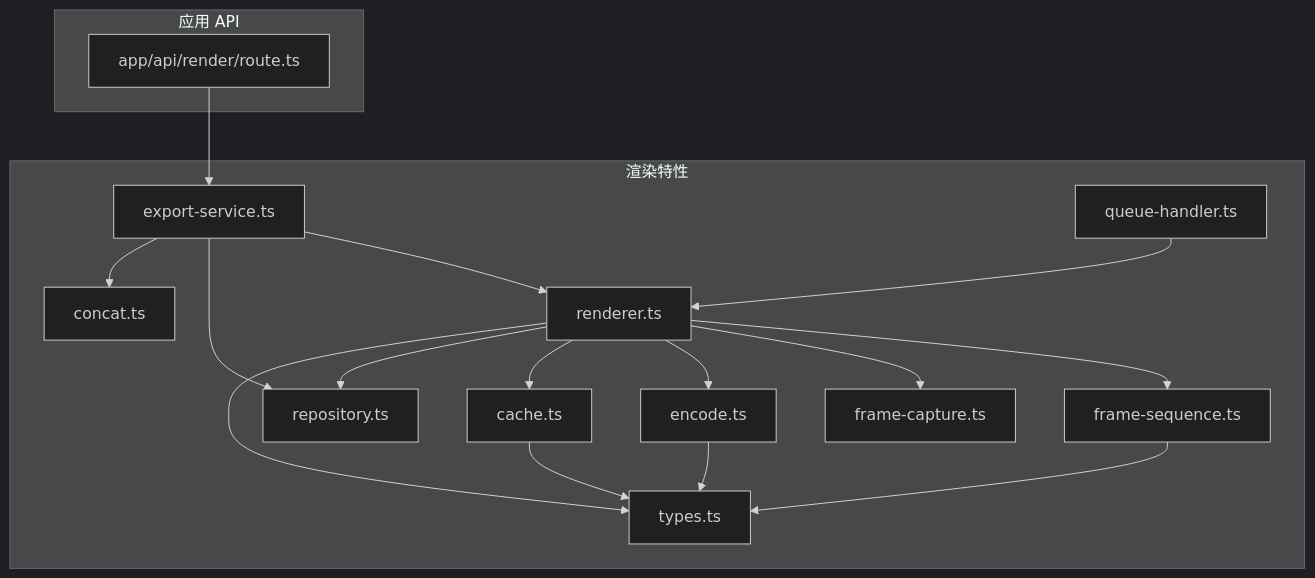
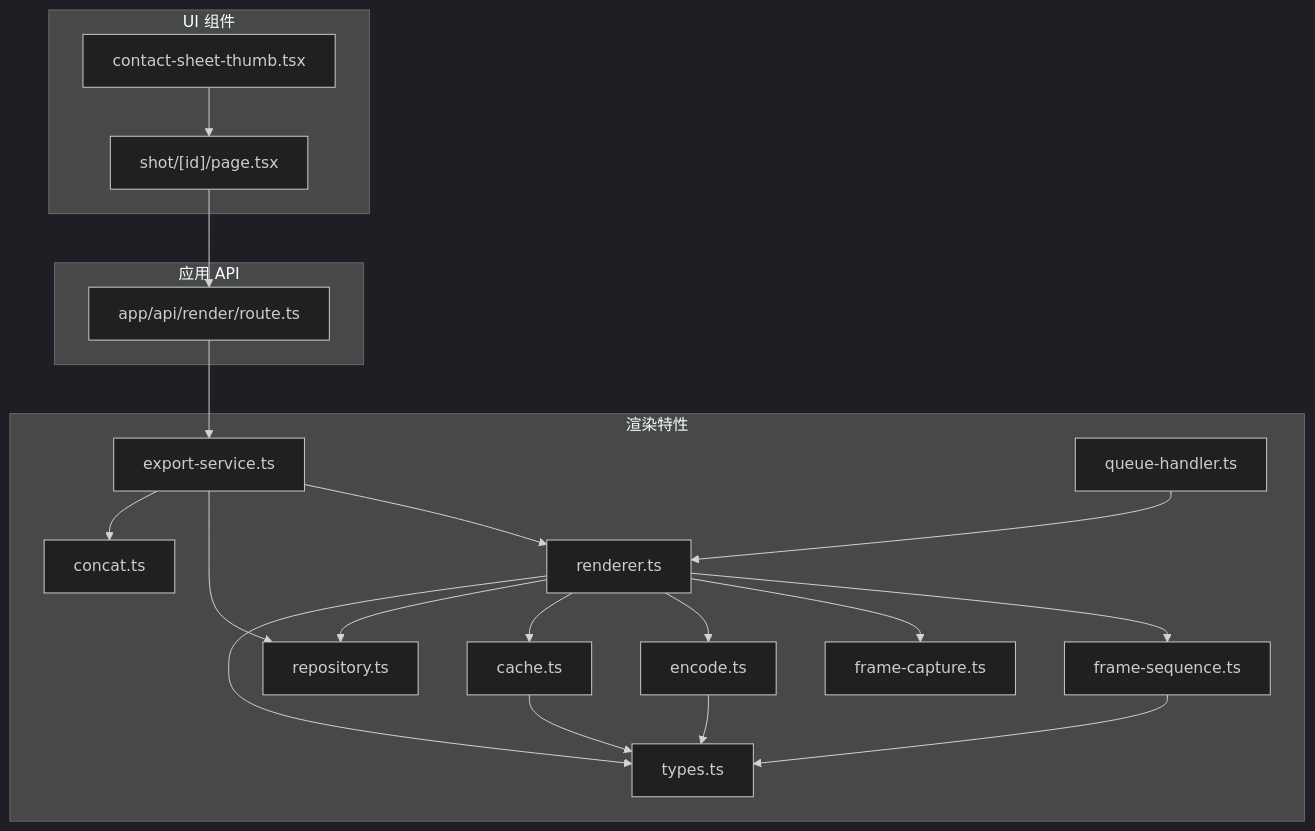
Before and after one commit to AIMFllyYS/code-video-canvas: the first of 14 diagrams in .qoder/repowiki/zh/content/架构设计/核心模块设计/渲染引擎设计/渲染引擎设计.md, drawn with Mermaid (dark theme). The commit also changed other lines of this file and 31 other files, not shown here.

````diff
--- a/.qoder/repowiki/zh/content/架构设计/核心模块设计/渲染引擎设计/渲染引擎设计.md
+++ b/.qoder/repowiki/zh/content/架构设计/核心模块设计/渲染引擎设计/渲染引擎设计.md
@@ -55,32 +70,38 @@
 ```mermaid
 graph TB
 subgraph "渲染特性"
 R["renderer.ts"]
 FS["frame-sequence.ts"]
 ENC["encode.ts"]
 C["cache.ts"]
 T["types.ts"]
 EXP["export-service.ts"]
 REPO["repository.ts"]
 QH["queue-handler.ts"]
 FC["frame-capture.ts"]
 CAT["concat.ts"]
 end
 subgraph "应用 API"
 RT["app/api/render/route.ts"]
 end
+subgraph "UI 组件"
+THUMB["contact-sheet-thumb.tsx"]
+SHOT_PAGE["shot/[id]/page.tsx"]
+end
 RT --> EXP
 EXP --> R
 R --> FS
 R --> FC
 R --> ENC
 R --> C
 R --> REPO
 EXP --> REPO
 EXP --> CAT
 R --> T
 ENC --> T
 C --> T
 FS --> T
 QH --> R
+THUMB --> SHOT_PAGE
+SHOT_PAGE --> RT
 ```
````
